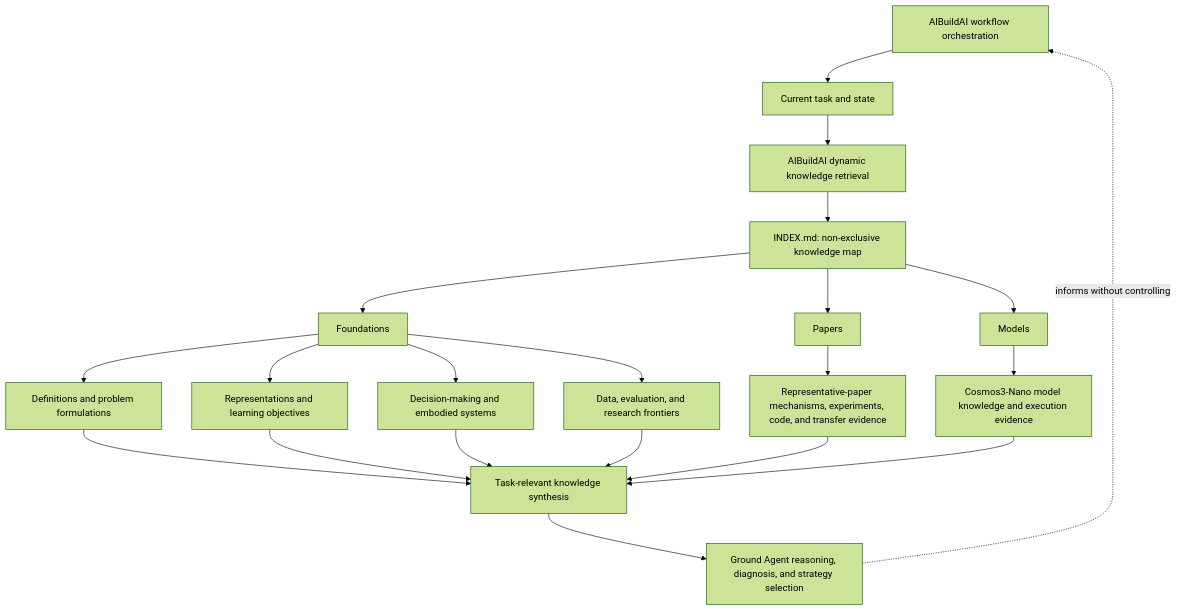
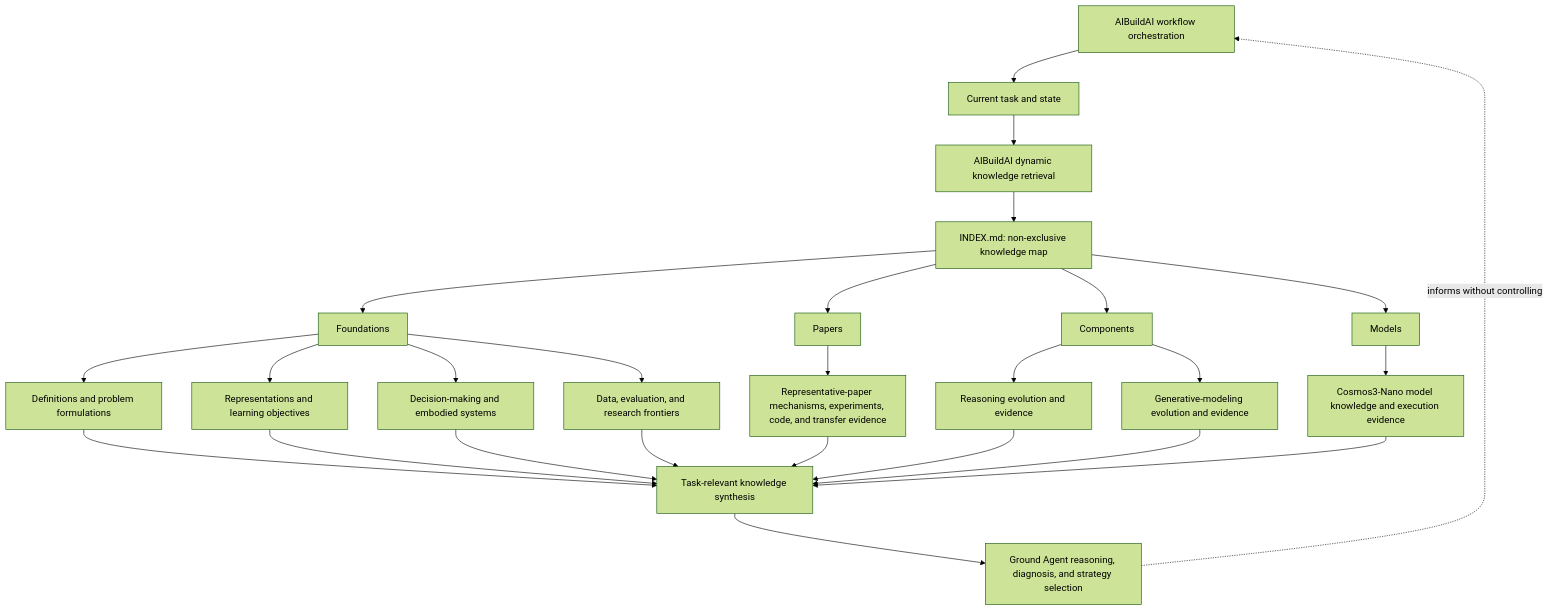
The diagram in README.md (ABA-WM-Knowledge-Base/ABA-WM-Knowledge-Base), drawn with Mermaid (forest theme) before and after one commit. The commit also changed other lines of this file and 28 other files, not shown here.

Commit message:
Add reasoning and generative modeling components

````diff
--- a/README.md
+++ b/README.md
@@ -28,28 +28,33 @@
 ```mermaid
 flowchart TD
     O["AIBuildAI workflow orchestration"] --> T["Current task and state"]
     T --> R["AIBuildAI dynamic knowledge retrieval"]
     R --> I["INDEX.md: non-exclusive knowledge map"]
 
     I --> F["Foundations"]
     I --> P["Papers"]
+    I --> X["Components"]
     I --> M["Models"]
 
     F --> F1["Definitions and problem formulations"]
     F --> F2["Representations and learning objectives"]
     F --> F3["Decision-making and embodied systems"]
     F --> F4["Data, evaluation, and research frontiers"]
 
     P --> PE["Representative-paper mechanisms, experiments, code, and transfer evidence"]
+    X --> XR["Reasoning evolution and evidence"]
+    X --> XG["Generative-modeling evolution and evidence"]
     M --> C["Cosmos3-Nano model knowledge and execution evidence"]
 
     F1 --> S["Task-relevant knowledge synthesis"]
     F2 --> S
     F3 --> S
     F4 --> S
     PE --> S
+    XR --> S
+    XG --> S
     C --> S
 
     S --> D["Ground Agent reasoning, diagnosis, and strategy selection"]
     D -.->|informs without controlling| O
 ```
````
